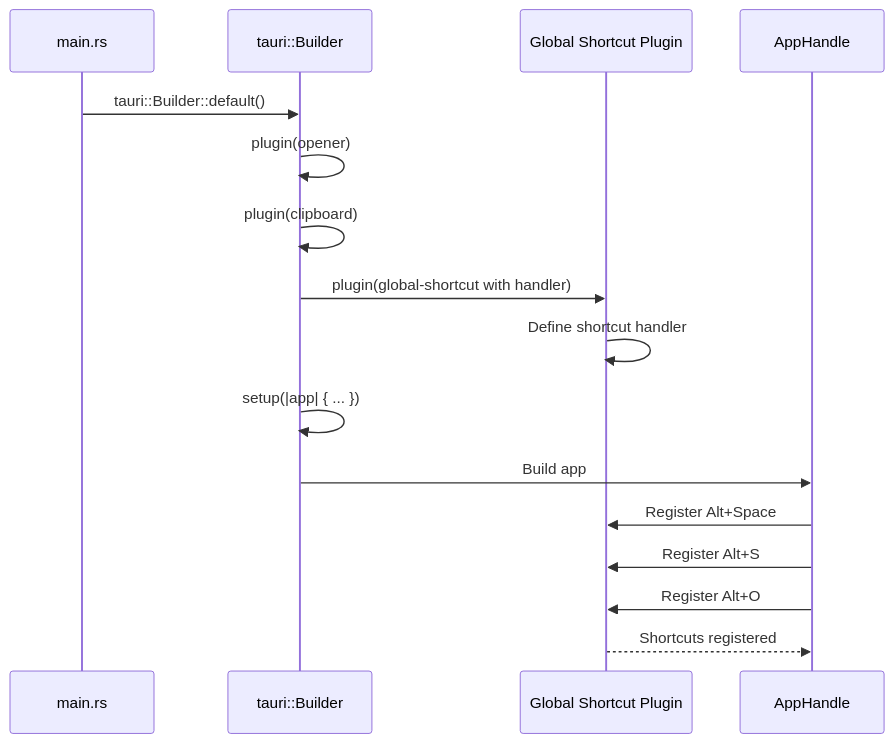
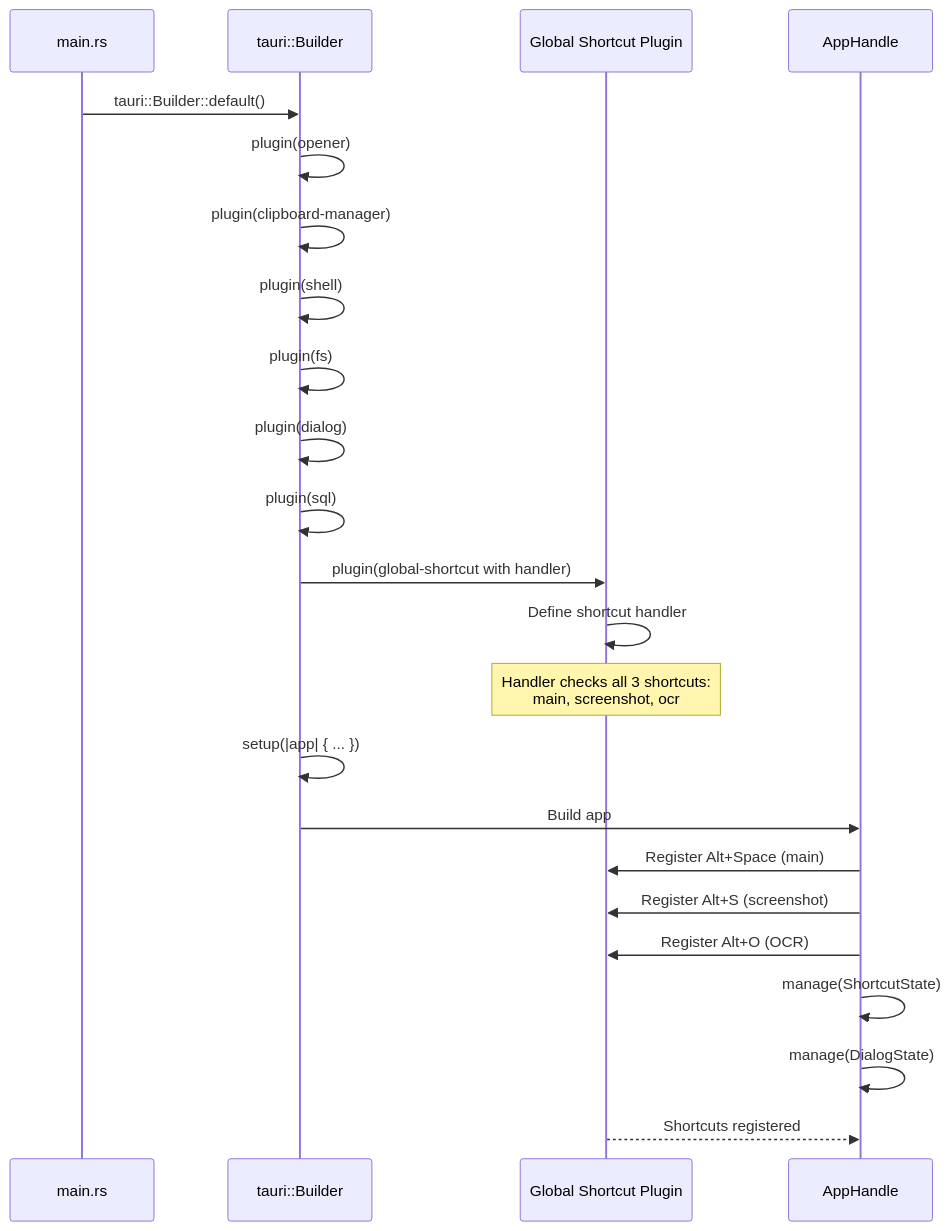
One commit to RickyDane/gquick changed the seventh of 9 diagrams in arch/api/sequences.md. Above: the diagram before and after it, drawn with Mermaid. The commit also changed other lines of this file and 39 other files, not shown here.

````diff
--- a/arch/api/sequences.md
+++ b/arch/api/sequences.md
@@ -169,19 +304,26 @@
 ```mermaid
 sequenceDiagram
     participant Main as main.rs
     participant Builder as tauri::Builder
     participant GS as Global Shortcut Plugin
     participant App as AppHandle
 
     Main->>Builder: tauri::Builder::default()
     Builder->>Builder: plugin(opener)
-    Builder->>Builder: plugin(clipboard)
+    Builder->>Builder: plugin(clipboard-manager)
+    Builder->>Builder: plugin(shell)
+    Builder->>Builder: plugin(fs)
+    Builder->>Builder: plugin(dialog)
+    Builder->>Builder: plugin(sql)
     Builder->>GS: plugin(global-shortcut with handler)
     GS->>GS: Define shortcut handler
+    Note over GS: Handler checks all 3 shortcuts:<br/>main, screenshot, ocr
     Builder->>Builder: setup(|app| { ... })
     Builder->>App: Build app
-    App->>GS: Register Alt+Space
-    App->>GS: Register Alt+S
-    App->>GS: Register Alt+O
+    App->>GS: Register Alt+Space (main)
+    App->>GS: Register Alt+S (screenshot)
+    App->>GS: Register Alt+O (OCR)
+    App->>App: manage(ShortcutState)
+    App->>App: manage(DialogState)
     GS-->>App: Shortcuts registered
 ```
````
